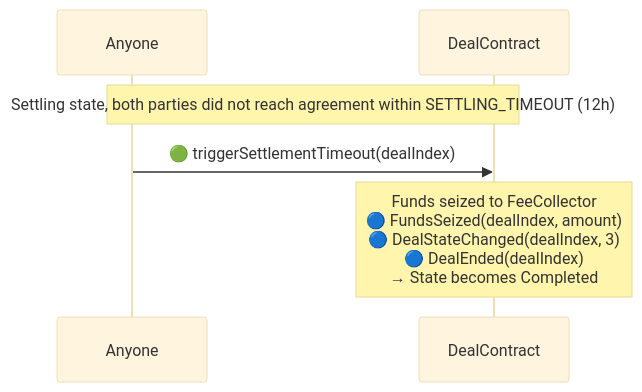
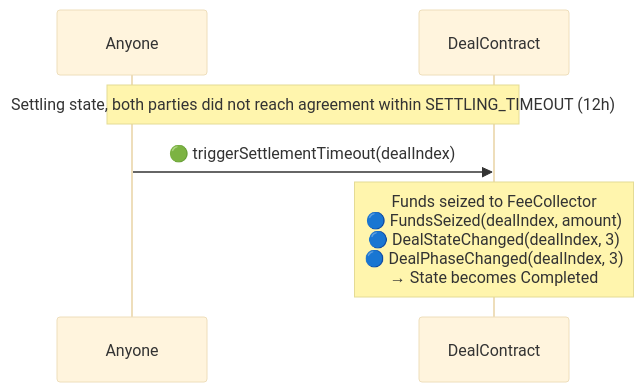
Before and after one commit to synctxai/synctx: the eighth of 9 diagrams in examples/x-quote/x-quote-design.md, drawn with Mermaid (base theme). The commit also changed other lines of this file and 1 other file, not shown here.

First line of the commit message:
refactor: simplify DealBase and update x-quote design doc

````diff
--- a/examples/x-quote/x-quote-design.md
+++ b/examples/x-quote/x-quote-design.md
@@ -396,9 +386,9 @@
 ```mermaid
 sequenceDiagram
     participant X as Anyone
     participant D as DealContract
 
     Note over X,D: Settling state, both parties did not reach agreement within SETTLING_TIMEOUT (12h)
     X->>D: 🟢 triggerSettlementTimeout(dealIndex)
-    Note over D: Funds seized to FeeCollector<br/>🔵 FundsSeized(dealIndex, amount)<br/>🔵 DealStateChanged(dealIndex, 3)<br/>🔵 DealEnded(dealIndex)<br/>→ State becomes Completed
+    Note over D: Funds seized to FeeCollector<br/>🔵 FundsSeized(dealIndex, amount)<br/>🔵 DealStateChanged(dealIndex, 3)<br/>🔵 DealPhaseChanged(dealIndex, 3)<br/>→ State becomes Completed
 ```
````
